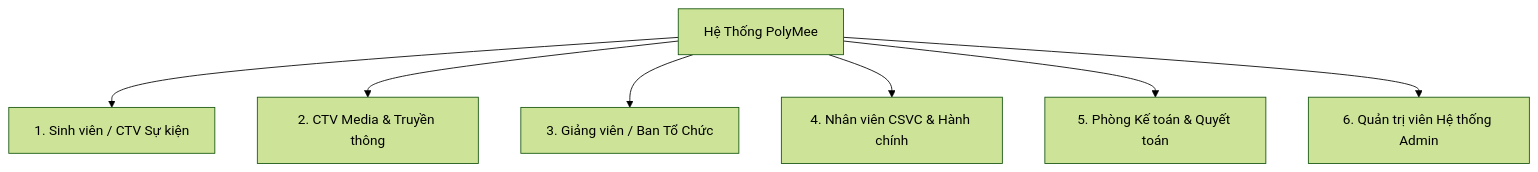
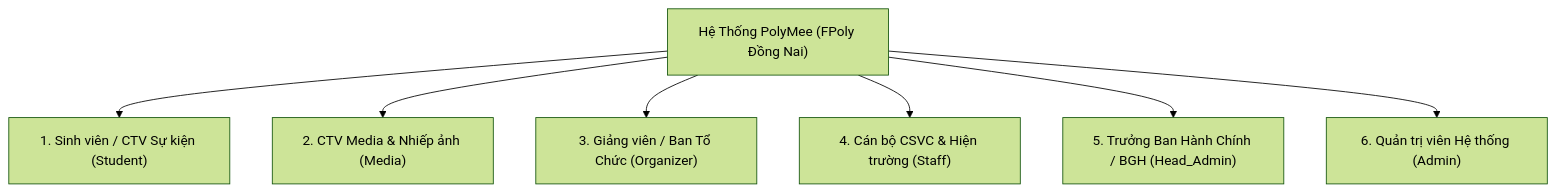
One commit to dddinhanh/polymee changed the first of 3 diagrams in README.md. Above: the diagram before and after it, drawn with Mermaid (forest theme). The commit also changed other lines of this file and 5 other files, not shown here.

Commit message:
feat(rbac,data,docs): remove accountant role, change lecturer name, switch campus to FPoly Dong Nai and add UML use case diagram

````diff
--- a/README.md
+++ b/README.md
@@ -52,9 +52,9 @@
 ```mermaid
 graph TD
-    A[Hệ Thống PolyMee] --> R1[1. Sinh viên / CTV Sự kiện]
-    A --> R2[2. CTV Media & Truyền thông]
-    A --> R3[3. Giảng viên / Ban Tổ Chức]
-    A --> R4[4. Nhân viên CSVC & Hành chính]
-    A --> R5[5. Phòng Kế toán & Quyết toán]
-    A --> R6[6. Quản trị viên Hệ thống Admin]
+    A["Hệ Thống PolyMee (FPoly Đồng Nai)"] --> R1["1. Sinh viên / CTV Sự kiện (Student)"]
+    A --> R2["2. CTV Media & Nhiếp ảnh (Media)"]
+    A --> R3["3. Giảng viên / Ban Tổ Chức (Organizer)"]
+    A --> R4["4. Cán bộ CSVC & Hiện trường (Staff)"]
+    A --> R5["5. Trưởng Ban Hành Chính / BGH (Head_Admin)"]
+    A --> R6["6. Quản trị viên Hệ thống (Admin)"]
 ```
````
